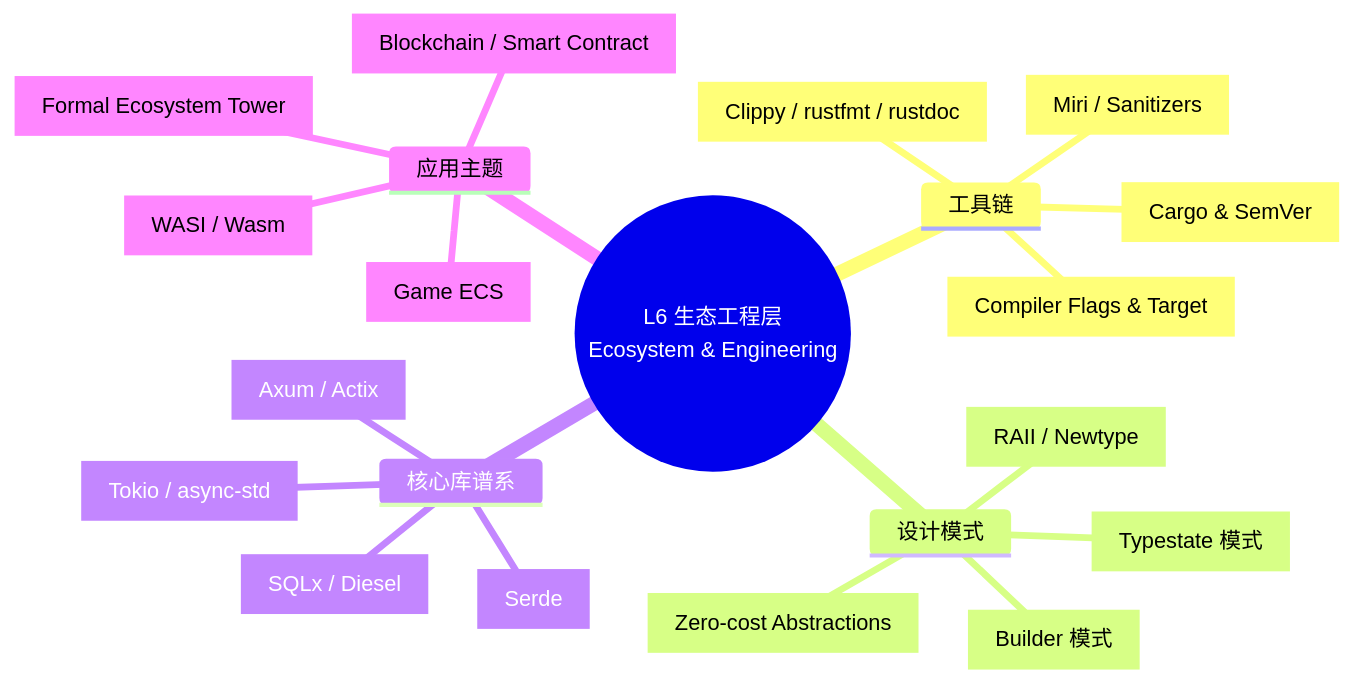
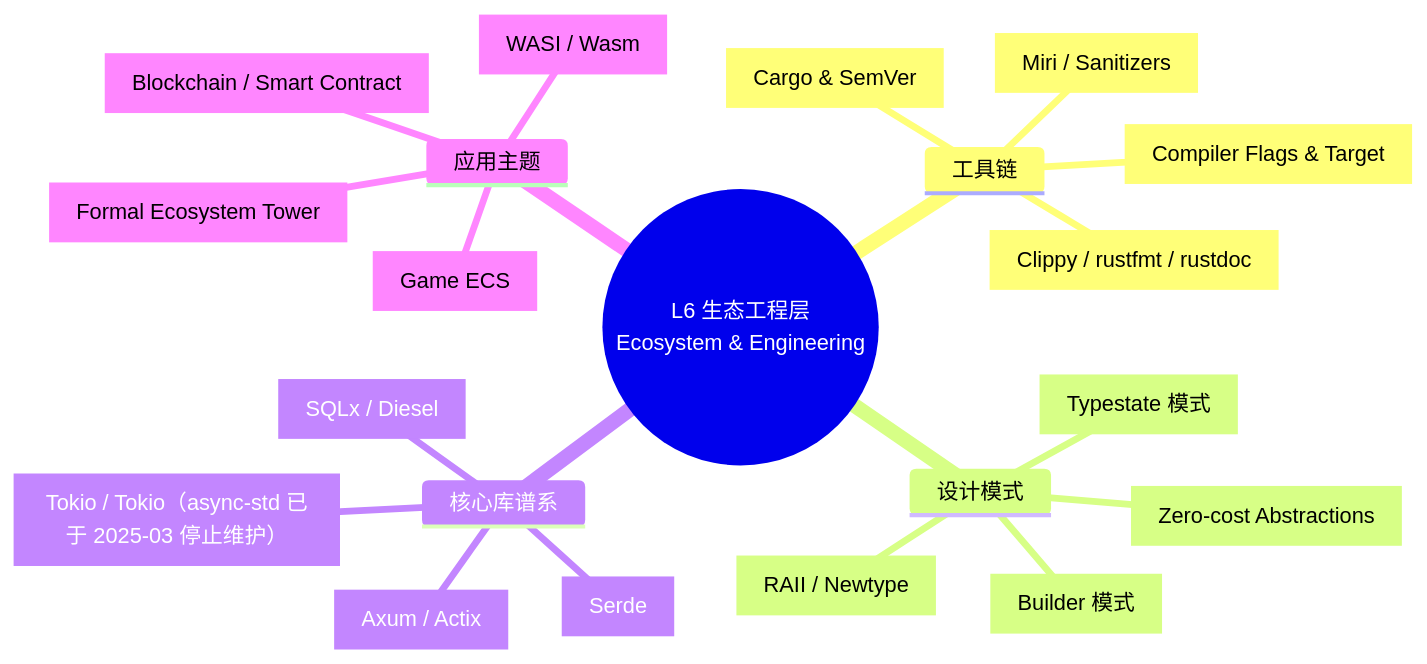
One commit to martin-ly/rust-lang changed the first of 2 diagrams in concept/06_ecosystem/README.md. Above: the diagram before and after it, drawn with Mermaid. The commit also changed other lines of this file and 53 other files, not shown here.

````diff
--- a/concept/06_ecosystem/README.md
+++ b/concept/06_ecosystem/README.md
@@ -12,24 +12,24 @@
 ```mermaid
 mindmap
   root((L6 生态工程层<br/>Ecosystem & Engineering))
     工具链
       Cargo[Cargo & SemVer]
       编译器[Compiler Flags & Target]
       质量工具[Clippy / rustfmt / rustdoc]
       验证[Miri / Sanitizers]
     设计模式
       Typestate[Typestate 模式]
       Builder[Builder 模式]
       RAII[RAII / Newtype]
       零成本[Zero-cost Abstractions]
     核心库谱系
-      异步运行时[Tokio / async-std]
+      异步运行时[Tokio / Tokio（async-std 已于 2025-03 停止维护）]
       Web框架[Axum / Actix]
       序列化[Serde]
       数据库[SQLx / Diesel]
     应用主题
       区块链[Blockchain / Smart Contract]
       游戏ECS[Game ECS]
       WASI[WASI / Wasm]
       形式化塔[Formal Ecosystem Tower]
 ```
````
